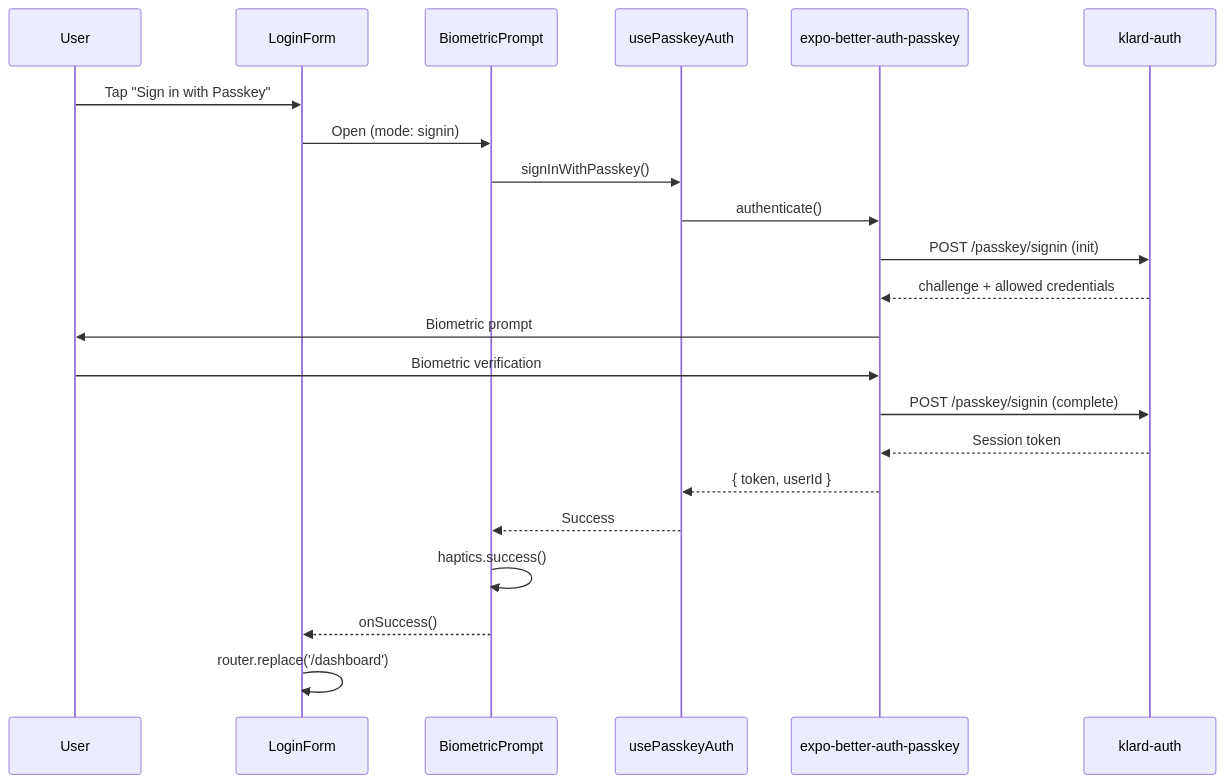
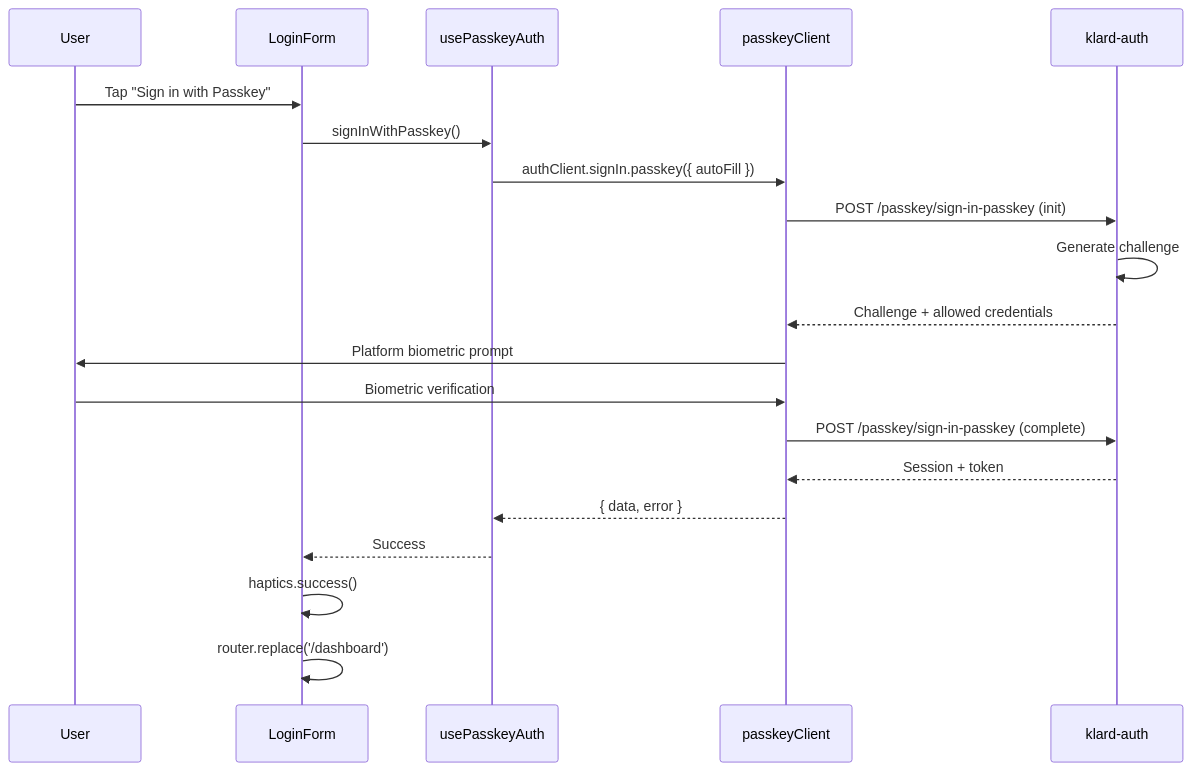
Before and after one commit to drcraig20/klard-apps: the fourth of 5 diagrams in docs/agile/architecture/2025-12-16-passkey-auth-arch.md, drawn with Mermaid. The commit also changed other lines of this file and 7 other files, not shown here.

First line of the commit message:
refactor(agile): rename feature to passkey-auth with web+mobile scope

````diff
--- a/docs/agile/architecture/2025-12-16-passkey-auth-arch.md
+++ b/docs/agile/architecture/2025-12-16-passkey-auth-arch.md
@@ -163,25 +184,23 @@
 ```mermaid
 sequenceDiagram
     participant U as User
     participant LF as LoginForm
-    participant BP as BiometricPrompt
     participant PA as usePasskeyAuth
-    participant EBP as expo-better-auth-passkey
+    participant PC as passkeyClient
     participant A as klard-auth
 
     U->>LF: Tap "Sign in with Passkey"
-    LF->>BP: Open (mode: signin)
-    BP->>PA: signInWithPasskey()
-    PA->>EBP: authenticate()
-    EBP->>A: POST /passkey/signin (init)
-    A-->>EBP: challenge + allowed credentials
-    EBP->>U: Biometric prompt
-    U->>EBP: Biometric verification
-    EBP->>A: POST /passkey/signin (complete)
-    A-->>EBP: Session token
-    EBP-->>PA: { token, userId }
-    PA-->>BP: Success
-    BP->>BP: haptics.success()
-    BP-->>LF: onSuccess()
+    LF->>PA: signInWithPasskey()
+    PA->>PC: authClient.signIn.passkey({ autoFill })
+    PC->>A: POST /passkey/sign-in-passkey (init)
+    A->>A: Generate challenge
+    A-->>PC: Challenge + allowed credentials
+    PC->>U: Platform biometric prompt
+    U->>PC: Biometric verification
+    PC->>A: POST /passkey/sign-in-passkey (complete)
+    A-->>PC: Session + token
+    PC-->>PA: { data, error }
+    PA-->>LF: Success
+    LF->>LF: haptics.success()
     LF->>LF: router.replace('/dashboard')
 ```
````
